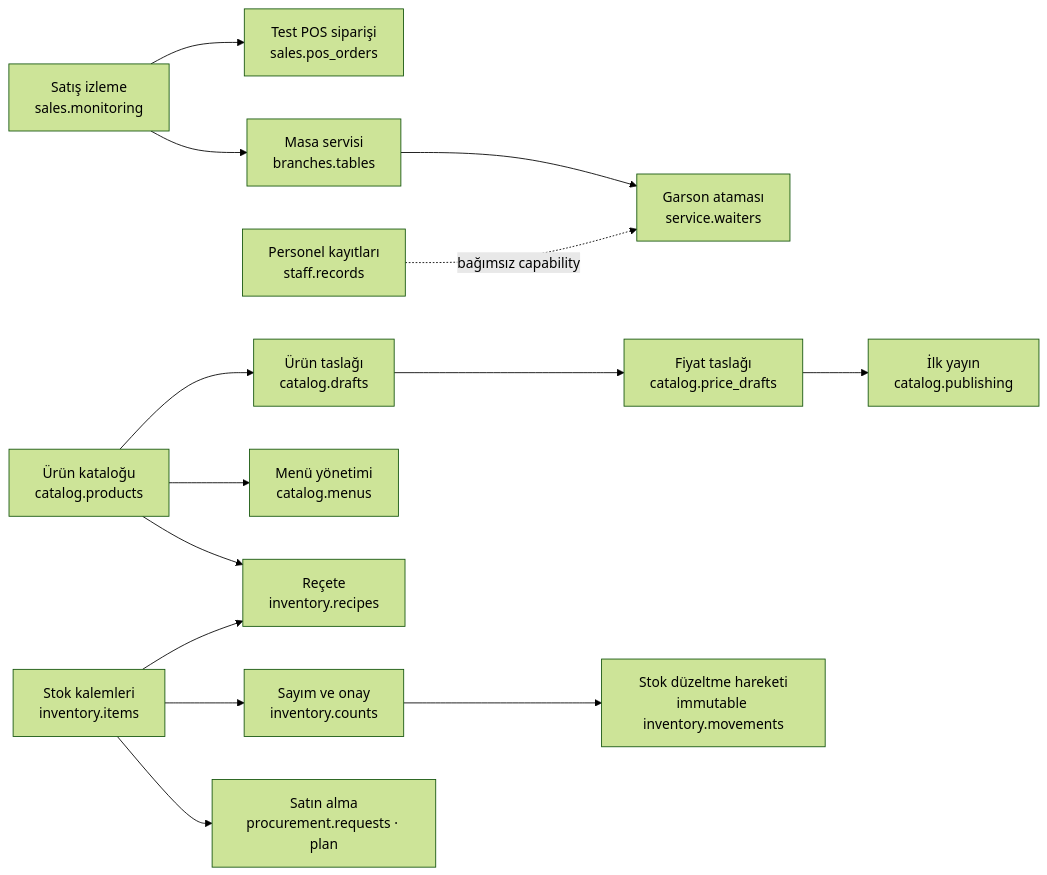
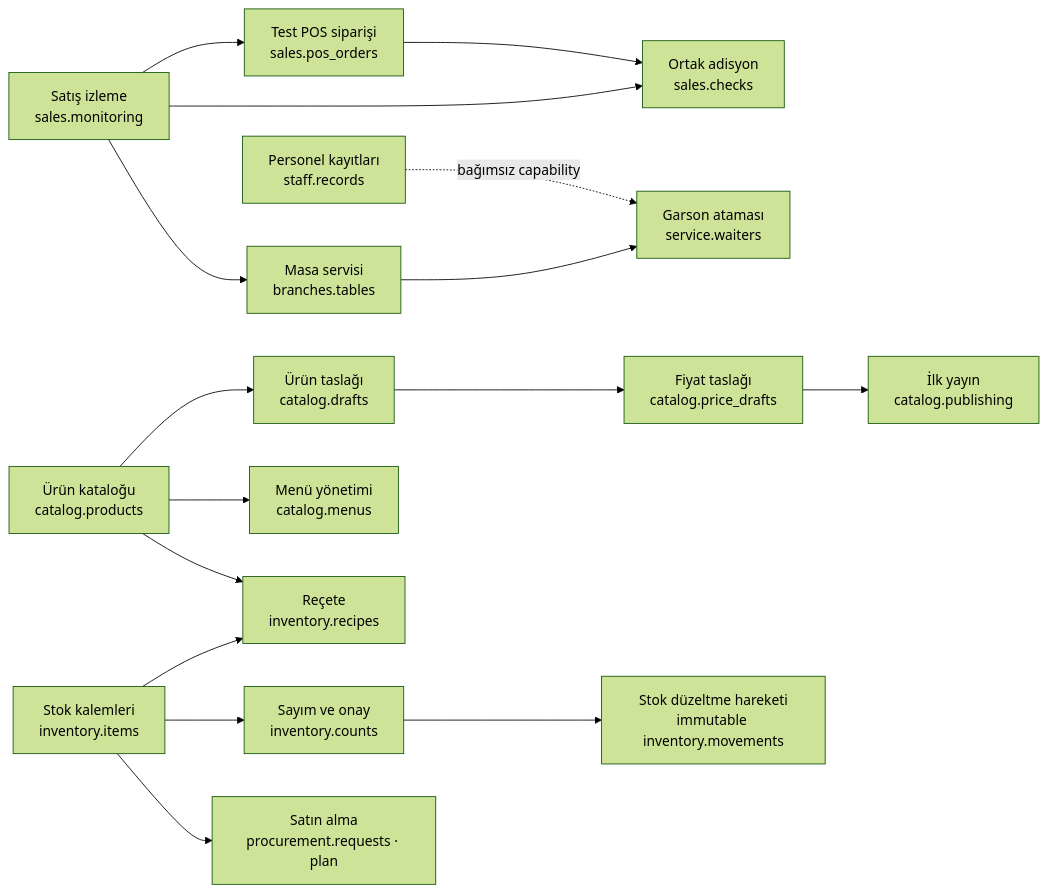
One commit to RAhsencicek/HIPOS changed the diagram in BACKEND_MIMARISI_VE_MODUL_BAGIMLILIKLARI.md. Above: the diagram before and after it, drawn with Mermaid (forest theme). The commit also changed other lines of this file and 25 other files, not shown here.

````diff
--- a/BACKEND_MIMARISI_VE_MODUL_BAGIMLILIKLARI.md
+++ b/BACKEND_MIMARISI_VE_MODUL_BAGIMLILIKLARI.md
@@ -38,17 +39,19 @@
 ```mermaid
 flowchart LR
   monitor[Satış izleme\nsales.monitoring] --> pos[Test POS siparişi\nsales.pos_orders]
+  monitor --> checks[Ortak adisyon\nsales.checks]
+  pos --> checks
   monitor --> tables[Masa servisi\nbranches.tables]
   tables --> waiters[Garson ataması\nservice.waiters]
   staff[Personel kayıtları\nstaff.records]
   staff -. bağımsız capability .-> waiters
   products[Ürün kataloğu\ncatalog.products] --> drafts[Ürün taslağı\ncatalog.drafts]
   products --> menus[Menü yönetimi\ncatalog.menus]
   drafts --> prices[Fiyat taslağı\ncatalog.price_drafts]
   prices --> publish[İlk yayın\ncatalog.publishing]
   products --> recipes[Reçete\ninventory.recipes]
   stock[Stok kalemleri\ninventory.items] --> recipes
   stock --> counts[Sayım ve onay\ninventory.counts]
   counts --> adjustment[Stok düzeltme hareketi\nimmutable inventory.movements]
   stock --> procure[Satın alma\nprocurement.requests · plan]
 ```
````
